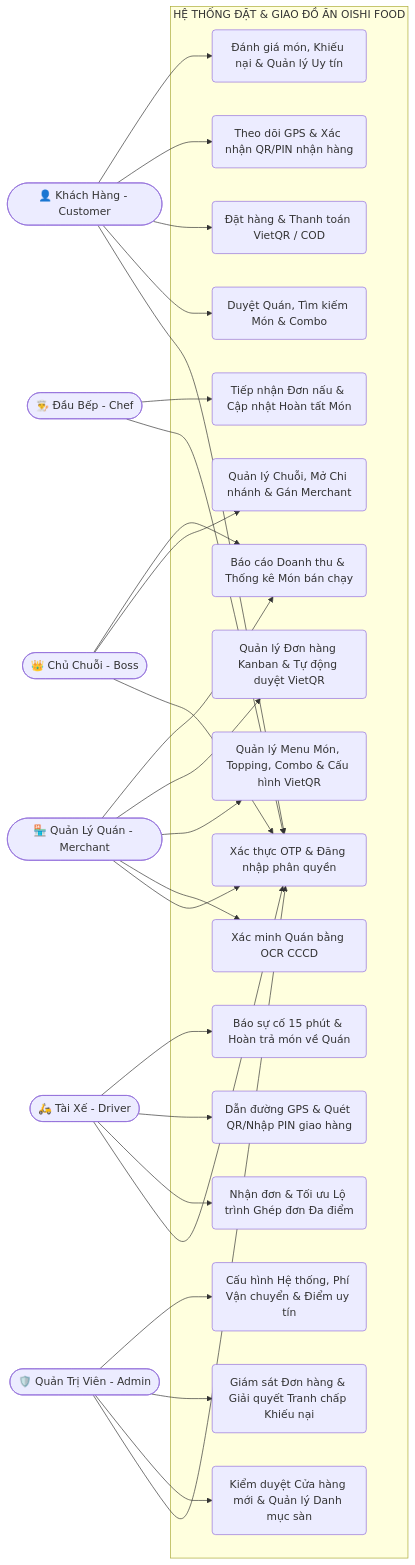
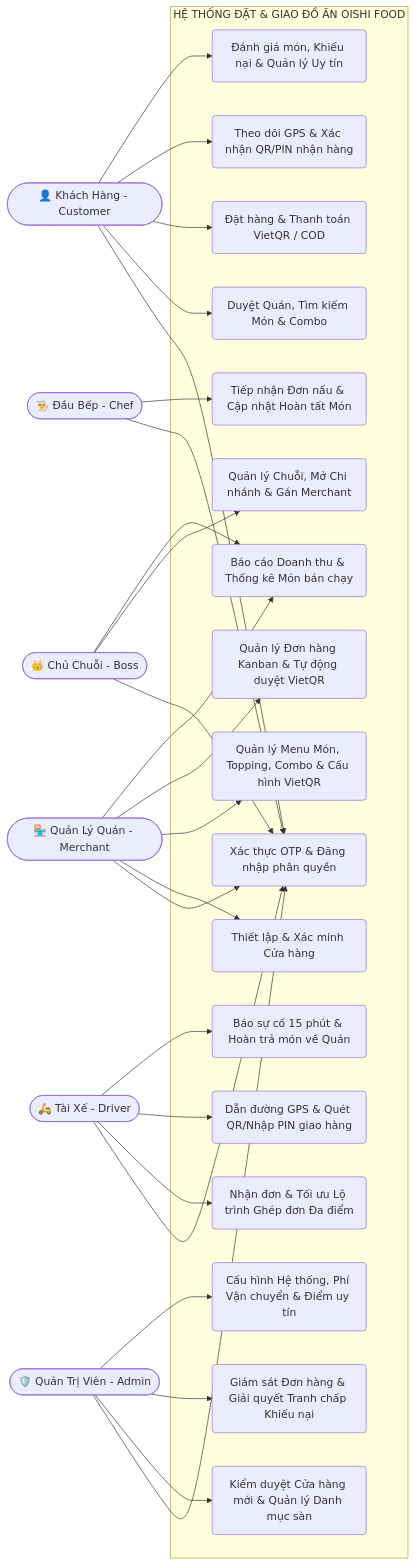
Before and after one commit to tranvu2006-ui/chuyen-de-2-android: the first of 6 diagrams in BAO_CAO_KIEN_TRUC_HE_THONG_MOI_OISHI_FOOD.md, drawn with Mermaid. The commit also changed other lines of this file and 7 other files, not shown here.

Commit message:
docs: remove obsolete OCR mentions across all diagrams, placeholders and Word report

````diff
--- a/BAO_CAO_KIEN_TRUC_HE_THONG_MOI_OISHI_FOOD.md
+++ b/BAO_CAO_KIEN_TRUC_HE_THONG_MOI_OISHI_FOOD.md
@@ -75,70 +75,70 @@
 ```mermaid
 flowchart LR
     %% 6 Tác nhân
     Cust([👤 Khách Hàng - Customer])
     Boss([👑 Chủ Chuỗi - Boss])
     Merch([🏪 Quản Lý Quán - Merchant])
     Chef([👨‍🍳 Đầu Bếp - Chef])
     Driver([🛵 Tài Xế - Driver])
     Admin([🛡️ Quản Trị Viên - Admin])
 
     subgraph OISHI_SYSTEM [HỆ THỐNG ĐẶT & GIAO ĐỒ ĂN OISHI FOOD]
         UC_AUTH(Xác thực OTP & Đăng nhập phân quyền)
         
         %% Nhóm Khách Hàng
         UC_DISCOVER(Duyệt Quán, Tìm kiếm Món & Combo)
         UC_ORDER(Đặt hàng & Thanh toán VietQR / COD)
         UC_TRACK(Theo dõi GPS & Xác nhận QR/PIN nhận hàng)
         UC_FEEDBACK(Đánh giá món, Khiếu nại & Quản lý Uy tín)
         
         %% Nhóm Chuỗi & Quán
         UC_BOSS_CHAIN(Quản lý Chuỗi, Mở Chi nhánh & Gán Merchant)
-        UC_STORE_VERIFY(Xác minh Quán bằng OCR CCCD)
+        UC_STORE_VERIFY(Thiết lập & Xác minh Cửa hàng)
         UC_MENU_MANAGE(Quản lý Menu Món, Topping, Combo & Cấu hình VietQR)
         UC_KANBAN(Quản lý Đơn hàng Kanban & Tự động duyệt VietQR)
         UC_REPORT(Báo cáo Doanh thu & Thống kê Món bán chạy)
         
         %% Nhóm Bếp
         UC_KITCHEN(Tiếp nhận Đơn nấu & Cập nhật Hoàn tất Món)
         
         %% Nhóm Tài Xế
         UC_DISPATCH(Nhận đơn & Tối ưu Lộ trình Ghép đơn Đa điểm)
         UC_DELIVERY(Dẫn đường GPS & Quét QR/Nhập PIN giao hàng)
         UC_INCIDENT(Báo sự cố 15 phút & Hoàn trả món về Quán)
         
         %% Nhóm Quản Trị Viên
         UC_ADM_APPROVAL(Kiểm duyệt Cửa hàng mới & Quản lý Danh mục sàn)
         UC_ADM_MONITOR(Giám sát Đơn hàng & Giải quyết Tranh chấp Khiếu nại)
         UC_ADM_CONFIG(Cấu hình Hệ thống, Phí Vận chuyển & Điểm uy tín)
     end
 
     %% Liên kết Tác nhân - Use Case
     Cust --> UC_AUTH
     Cust --> UC_DISCOVER
     Cust --> UC_ORDER
     Cust --> UC_TRACK
     Cust --> UC_FEEDBACK
 
     Boss --> UC_AUTH
     Boss --> UC_BOSS_CHAIN
     Boss --> UC_REPORT
 
     Merch --> UC_AUTH
     Merch --> UC_STORE_VERIFY
     Merch --> UC_MENU_MANAGE
     Merch --> UC_KANBAN
     Merch --> UC_REPORT
 
     Chef --> UC_AUTH
     Chef --> UC_KITCHEN
 
     Driver --> UC_AUTH
     Driver --> UC_DISPATCH
     Driver --> UC_DELIVERY
     Driver --> UC_INCIDENT
 
     Admin --> UC_AUTH
     Admin --> UC_ADM_APPROVAL
     Admin --> UC_ADM_MONITOR
     Admin --> UC_ADM_CONFIG
 ```
````
